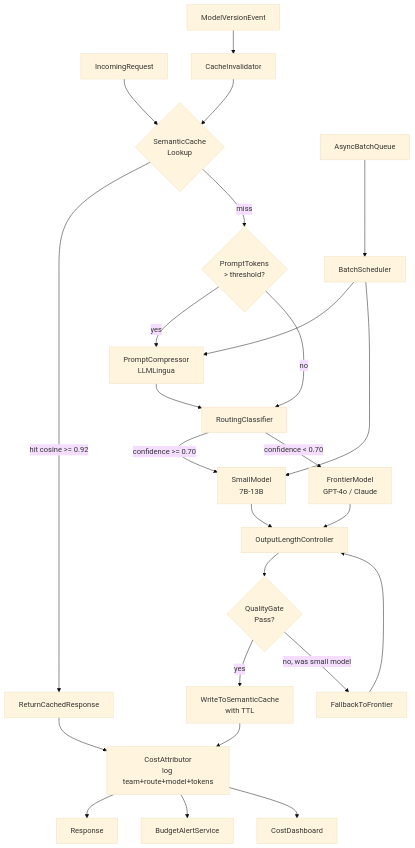
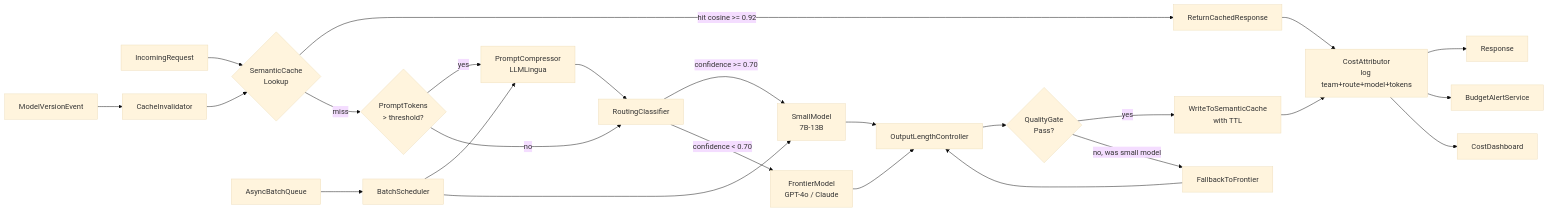
The diagram in system-design/llm-system-design/chapters-md/chapter-28.md (nishchalnishant/handbook), drawn with Mermaid (base theme) before and after one commit. The commit also changed other lines of this file and 37 other files, not shown here.

````diff
--- a/system-design/llm-system-design/chapters-md/chapter-28.md
+++ b/system-design/llm-system-design/chapters-md/chapter-28.md
@@ -159,36 +159,36 @@
 ```mermaid
-flowchart TD
+flowchart LR
   request[IncomingRequest] --> cacheCheck{SemanticCache\nLookup}
 
   cacheCheck -->|"hit cosine >= 0.92"| cacheHit[ReturnCachedResponse]
   cacheCheck -->|"miss"| compressCheck{PromptTokens\n> threshold?}
 
   compressCheck -->|"yes"| compressor[PromptCompressor\nLLMLingua]
   compressCheck -->|"no"| router[RoutingClassifier]
   compressor --> router
 
   router -->|"confidence >= 0.70"| smallModel[SmallModel\n7B-13B]
   router -->|"confidence < 0.70"| frontierModel[FrontierModel\nGPT-4o / Claude]
 
   smallModel --> outputControl[OutputLengthController]
   frontierModel --> outputControl
 
   outputControl --> qualityCheck{QualityGate\nPass?}
   qualityCheck -->|"yes"| cacheWrite[WriteToSemanticCache\nwith TTL]
   qualityCheck -->|"no, was small model"| frontierFallback[FallbackToFrontier]
   frontierFallback --> outputControl
 
   cacheWrite --> attributor[CostAttributor\nlog team+route+model+tokens]
   cacheHit --> attributor
   attributor --> response[Response]
 
   batchQueue[AsyncBatchQueue] --> batchScheduler[BatchScheduler]
   batchScheduler --> compressor
   batchScheduler --> smallModel
 
   attributor --> budgetAlert[BudgetAlertService]
   attributor --> costDashboard[CostDashboard]
 
   modelUpdate[ModelVersionEvent] --> cacheInvalidator[CacheInvalidator]
   cacheInvalidator --> cacheCheck
 ```
````
